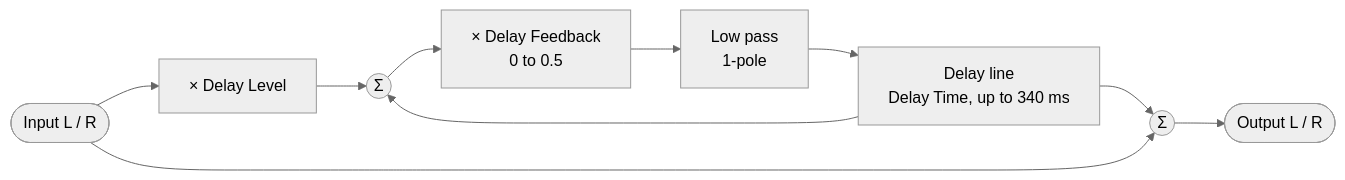
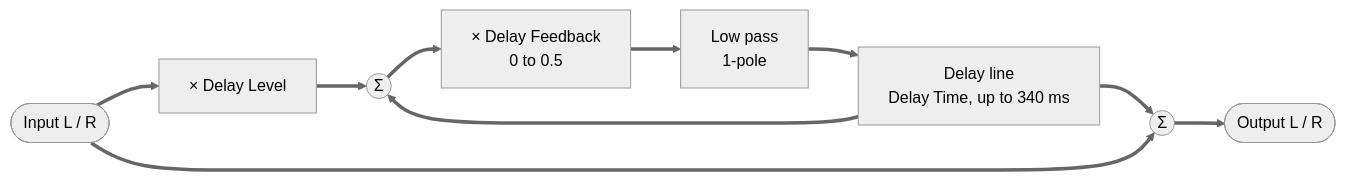
One commit to risgk/digital-synth-pra32-u2 changed the fifth of 9 diagrams in PRA32-U2-Block-Diagrams.md. Above: the diagram before and after it, drawn with Mermaid (neutral theme). The commit also changed other lines of this file and 1 other file, not shown here.

Commit message:
Block diagrams: The stereo audio with thick arrows

````diff
--- a/PRA32-U2-Block-Diagrams.md
+++ b/PRA32-U2-Block-Diagrams.md
@@ -168,12 +168,12 @@
 ```mermaid
 flowchart LR
-    IN([Input L / R]) --> S["× Delay Level"]
-    S --> SUM((Σ))
-    SUM --> FB["× Delay Feedback<br/>0 to 0.5"]
-    FB --> LPF["Low pass<br/>1-pole"]
-    LPF --> DL["Delay line<br/>Delay Time, up to 340 ms"]
-    DL --> SUM
-    DL --> M((Σ))
-    IN --> M
-    M --> OUT([Output L / R])
+    IN([Input L / R]) ==> S["× Delay Level"]
+    S ==> SUM((Σ))
+    SUM ==> FB["× Delay Feedback<br/>0 to 0.5"]
+    FB ==> LPF["Low pass<br/>1-pole"]
+    LPF ==> DL["Delay line<br/>Delay Time, up to 340 ms"]
+    DL ==> SUM
+    DL ==> M((Σ))
+    IN ==> M
+    M ==> OUT([Output L / R])
 ```
````
